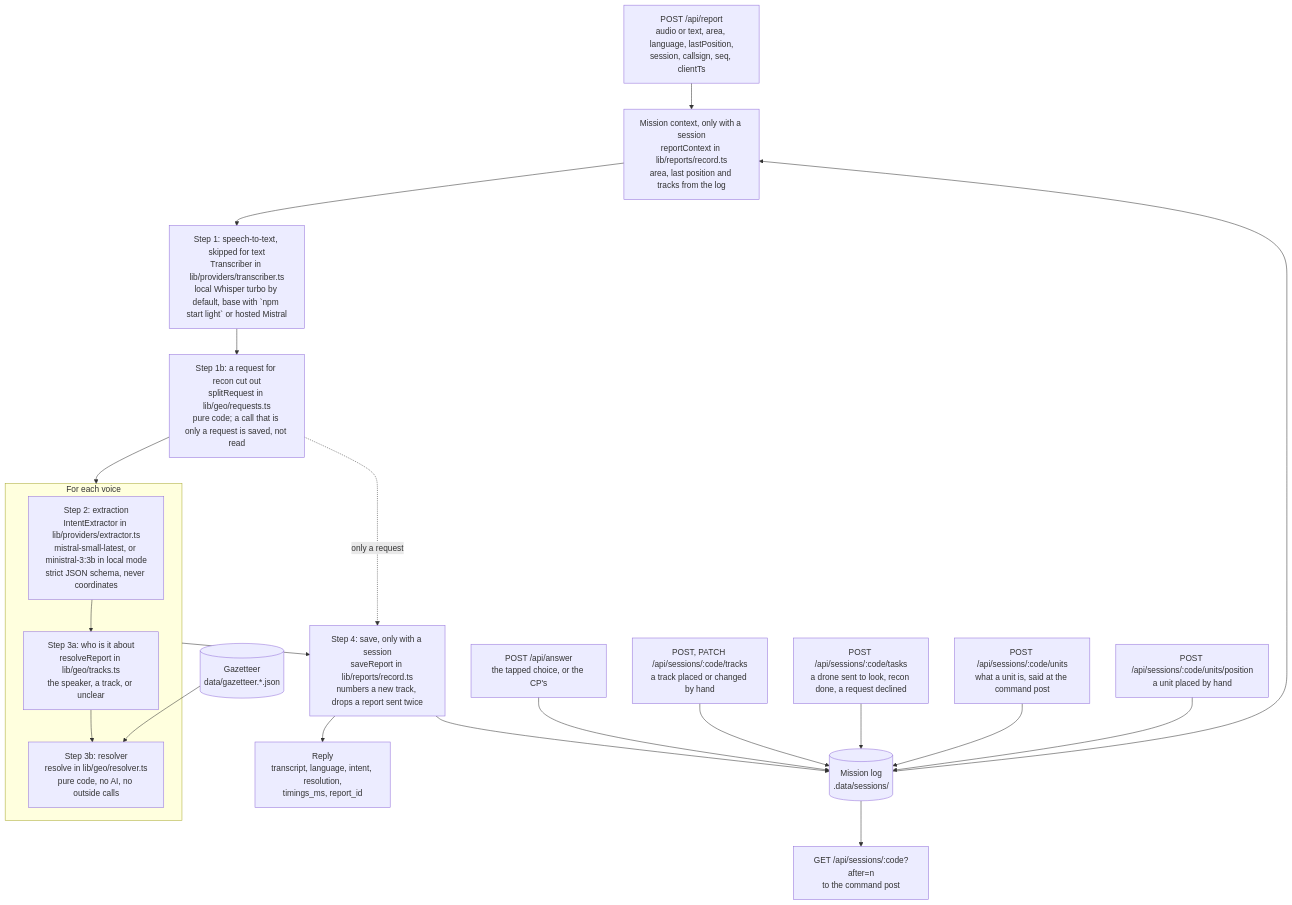
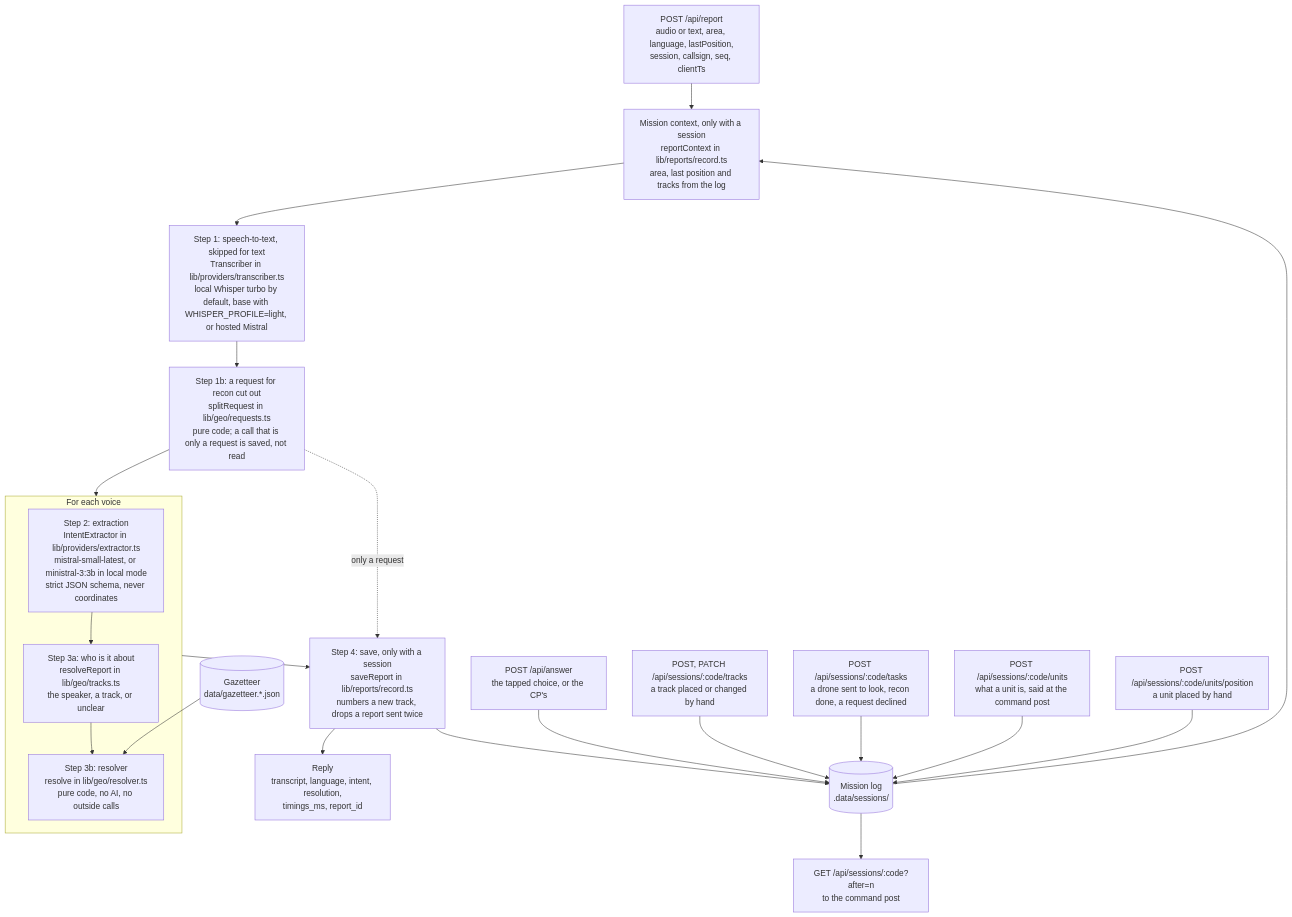
One commit to beverage/edth-hackathon changed the second of 5 diagrams in docs/architecture.md. Above: the diagram before and after it, drawn with Mermaid. The commit also changed other lines of this file and 24 other files, not shown here.

````diff
--- a/docs/architecture.md
+++ b/docs/architecture.md
@@ -77,35 +73,35 @@
 ```mermaid
 flowchart TB
     IN["POST /api/report<br/>audio or text, area, language, lastPosition,<br/>session, callsign, seq, clientTs"]
     CTX["Mission context, only with a session<br/>reportContext in lib/reports/record.ts<br/>area, last position and tracks from the log"]
-    STT["Step 1: speech-to-text, skipped for text<br/>Transcriber in lib/providers/transcriber.ts<br/>local Whisper turbo by default, base with `npm start light` or hosted Mistral"]
+    STT["Step 1: speech-to-text, skipped for text<br/>Transcriber in lib/providers/transcriber.ts<br/>local Whisper turbo by default, base with WHISPER_PROFILE=light, or hosted Mistral"]
     REQ["Step 1b: a request for recon cut out<br/>splitRequest in lib/geo/requests.ts<br/>pure code; a call that is only a request is saved, not read"]
     subgraph VOICES["For each voice"]
         EXT["Step 2: extraction<br/>IntentExtractor in lib/providers/extractor.ts<br/>mistral-small-latest, or ministral-3:3b in local mode<br/>strict JSON schema, never coordinates"]
         SUB["Step 3a: who is it about<br/>resolveReport in lib/geo/tracks.ts<br/>the speaker, a track, or unclear"]
         RES["Step 3b: resolver<br/>resolve in lib/geo/resolver.ts<br/>pure code, no AI, no outside calls"]
         EXT --> SUB --> RES
     end
     GAZ[("Gazetteer<br/>data/gazetteer.*.json")]
     SAVE["Step 4: save, only with a session<br/>saveReport in lib/reports/record.ts<br/>numbers a new track, drops a report sent twice"]
     OUT["Reply<br/>transcript, language, intent, resolution,<br/>timings_ms, report_id"]
     LOG[("Mission log<br/>.data/sessions/")]
     ANS["POST /api/answer<br/>the tapped choice, or the CP's"]
     PLOT["POST, PATCH /api/sessions/:code/tracks<br/>a track placed or changed by hand"]
     TASK["POST /api/sessions/:code/tasks<br/>a drone sent to look, recon done, a request declined"]
     UNIT["POST /api/sessions/:code/units<br/>what a unit is, said at the command post"]
     FIX["POST /api/sessions/:code/units/position<br/>a unit placed by hand"]
     READ["GET /api/sessions/:code?after=n<br/>to the command post"]
 
     IN --> CTX --> STT --> REQ --> VOICES --> SAVE --> OUT
     REQ -. "only a request" .-> SAVE
     GAZ --> RES
     LOG --> CTX
     SAVE --> LOG
     ANS --> LOG
     PLOT --> LOG
     TASK --> LOG
     UNIT --> LOG
     FIX --> LOG
     LOG --> READ
 ```
````
